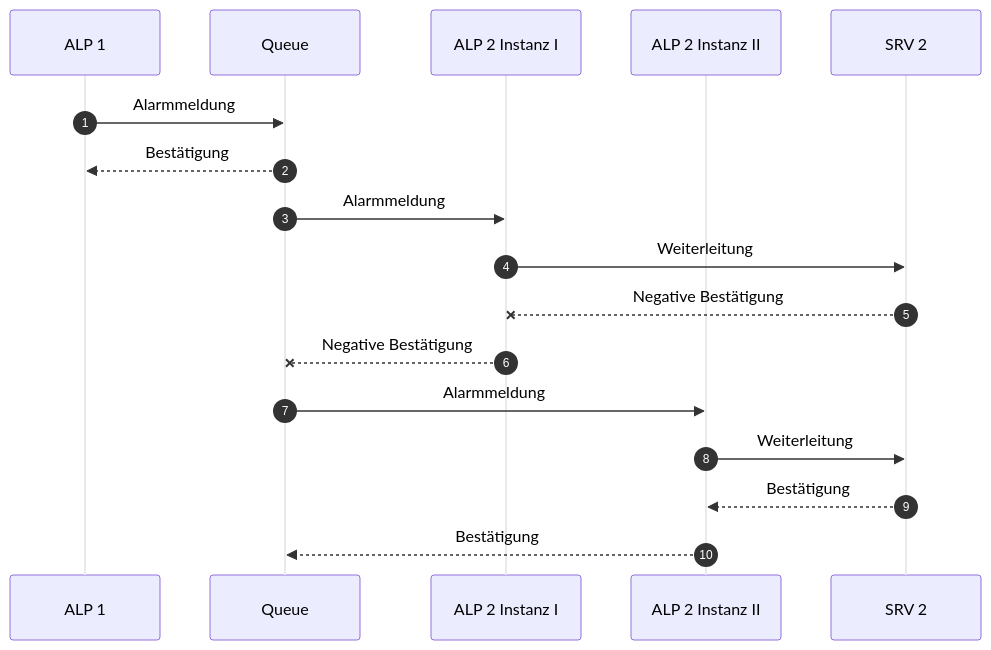
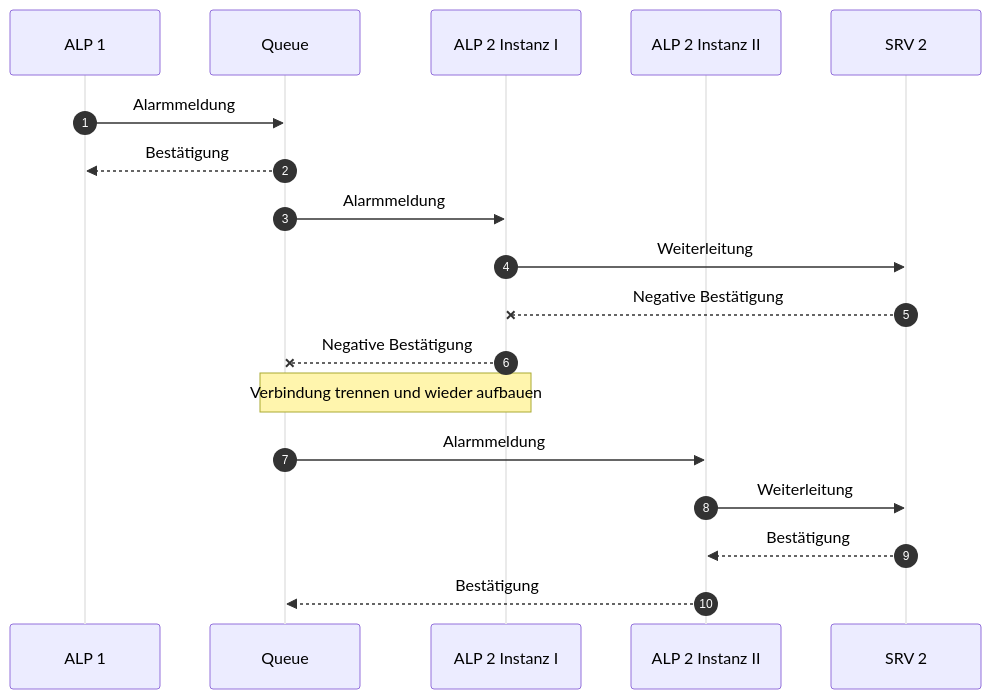
Before and after one commit to JadKHaddad/MT: the diagram in mermaid/alps_retry_sequence.mmd, drawn with Mermaid. The commit also changed 18 other files, not shown here.

Commit message:
added fig:alps-exactly-once-delivery-violation-sequence

```diff
--- a/mermaid/alps_retry_sequence.mmd
+++ b/mermaid/alps_retry_sequence.mmd
@@ -1,20 +1,21 @@
 %%{init: { 'themeVariables': { 'actorLineColor': '#EAEAEA', 'signalTextColor': '#000000' } } }%%
 sequenceDiagram
     autonumber
     participant L1 as ALP 1
     participant Q as Queue
     participant L2A as ALP 2 Instanz I
     participant L2B as ALP 2 Instanz II
     participant S2 as SRV 2
 
     L1->>Q: Alarmmeldung
     Q-->>L1: Bestätigung
     Q->>L2A: Alarmmeldung
     L2A->>S2: Weiterleitung
     S2--xL2A: Negative Bestätigung
     L2A--xQ: Negative Bestätigung
+    Note over Q,L2A: Verbindung trennen und wieder aufbauen
  
     Q->>L2B: Alarmmeldung
     L2B->>S2: Weiterleitung
     S2-->>L2B: Bestätigung
     L2B-->>Q: Bestätigung
```
